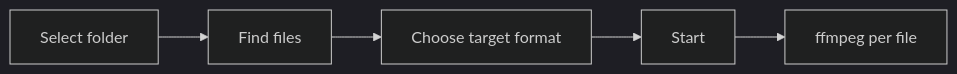
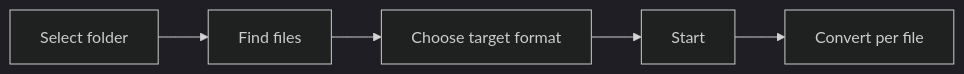
Before and after one commit to Senci/audio-konverter: the diagram in README.md, drawn with Mermaid (dark theme). The commit also changed other lines of this file and 7 other files, not shown here.

````diff
--- a/README.md
+++ b/README.md
@@ -7,4 +7,4 @@
 ```mermaid
 flowchart LR
-    A["Select folder"] --> B["Find files"] --> C["Choose target format"] --> D["Start"] --> E["ffmpeg per file"]
+    A["Select folder"] --> B["Find files"] --> C["Choose target format"] --> D["Start"] --> E["Convert per file"]
 ```
````
